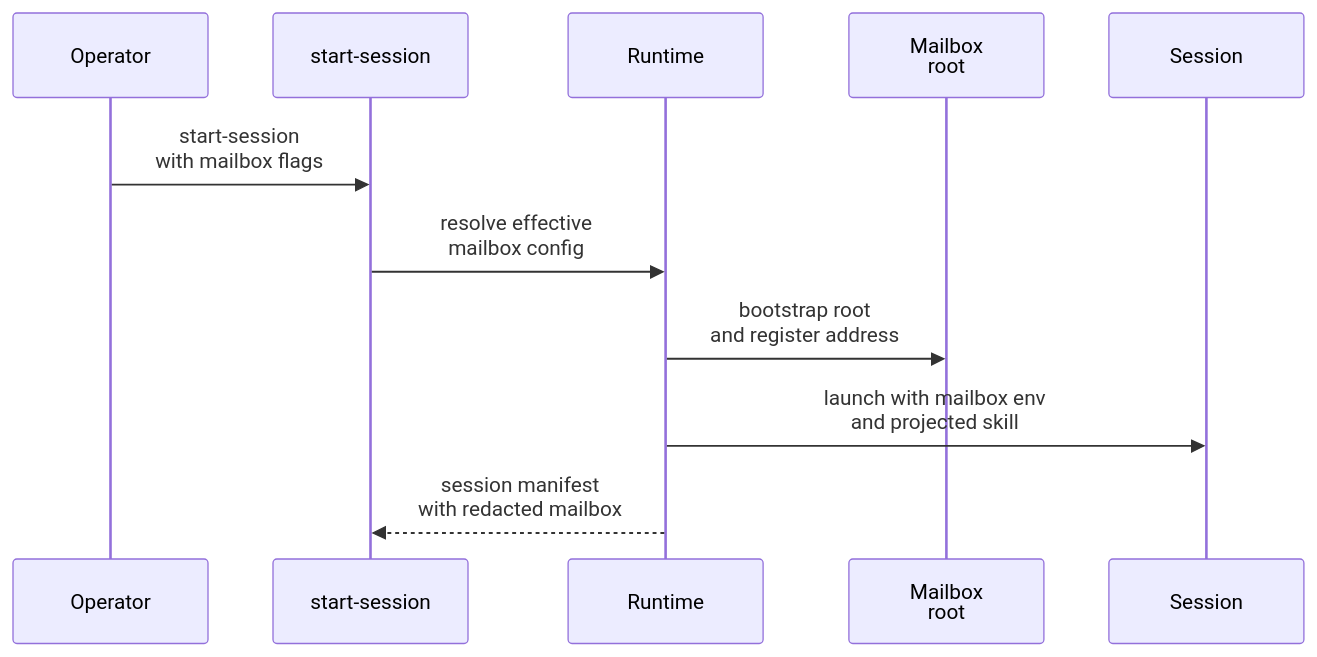
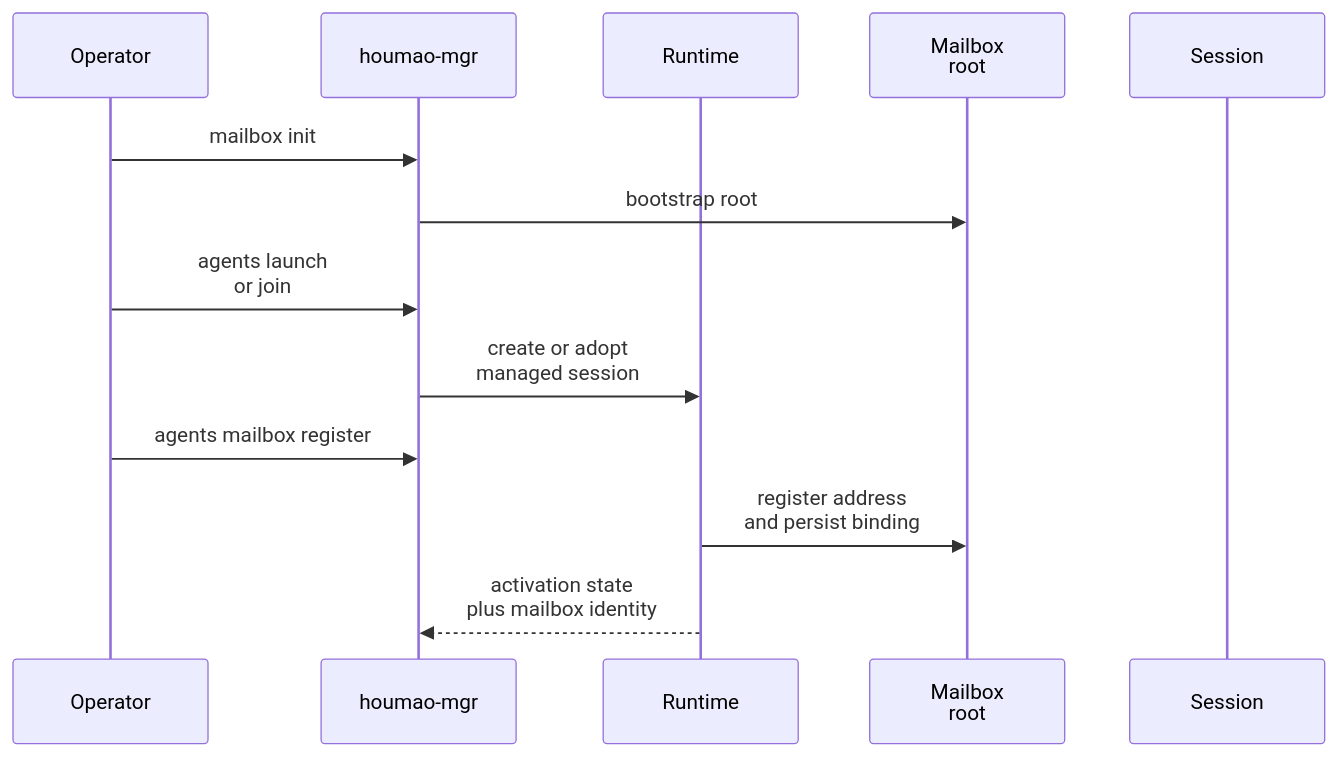
Before and after one commit to igamenovoer/houmao: the first of 2 diagrams in docs/reference/mailbox/quickstart.md, drawn with Mermaid. The commit also changed other lines of this file and 13 other files, not shown here.

````diff
--- a/docs/reference/mailbox/quickstart.md
+++ b/docs/reference/mailbox/quickstart.md
@@ -60,13 +81,15 @@
 ```mermaid
 sequenceDiagram
     participant Op as Operator
-    participant CLI as start-session
+    participant CLI as houmao-mgr
     participant RT as Runtime
     participant FS as Mailbox<br/>root
     participant Ses as Session
-    Op->>CLI: start-session<br/>with mailbox flags
-    CLI->>RT: resolve effective<br/>mailbox config
-    RT->>FS: bootstrap root<br/>and register address
-    RT->>Ses: launch with mailbox env<br/>and projected skill
-    RT-->>CLI: session manifest<br/>with redacted mailbox
+    Op->>CLI: mailbox init
+    CLI->>FS: bootstrap root
+    Op->>CLI: agents launch<br/>or join
+    CLI->>RT: create or adopt<br/>managed session
+    Op->>CLI: agents mailbox register
+    RT->>FS: register address<br/>and persist binding
+    RT-->>CLI: activation state<br/>plus mailbox identity
 ```
````
